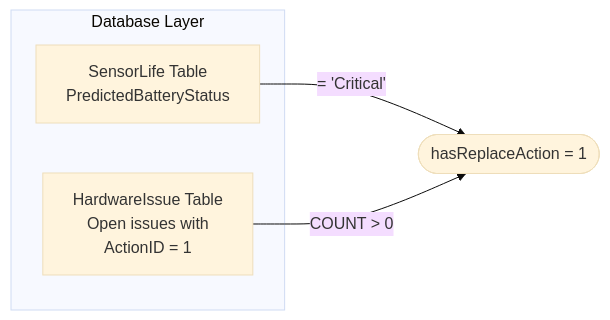
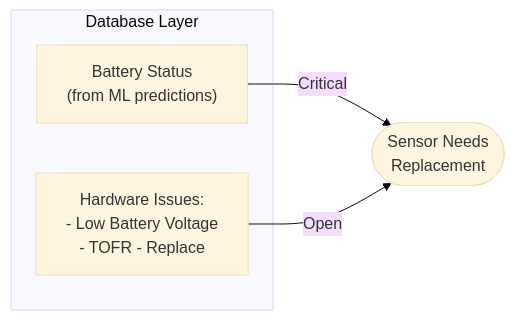
One commit to aw-jwalker/thoughts changed the second of 3 diagrams in repos/fullstack.assetwatch/shared/research/2026-02-03-action-column-flowcharts.md. Above: the diagram before and after it, drawn with Mermaid (base theme). The commit also changed other lines of this file and 1 other file, not shown here.

````diff
--- a/repos/fullstack.assetwatch/shared/research/2026-02-03-action-column-flowcharts.md
+++ b/repos/fullstack.assetwatch/shared/research/2026-02-03-action-column-flowcharts.md
@@ -41,12 +41,12 @@
 ```mermaid
 flowchart LR
     subgraph Database["Database Layer"]
-        BATTERY["SensorLife Table<br/>PredictedBatteryStatus"]
-        HW_ISSUE["HardwareIssue Table<br/>Open issues with<br/>ActionID = 1"]
+        BATTERY["Battery Status<br/>(from ML predictions)"]
+        HW_ISSUE["Hardware Issues:<br/>- Low Battery Voltage<br/>- TOFR - Replace"]
     end
 
-    BATTERY -->|"= 'Critical'"| HAS_REPLACE
-    HW_ISSUE -->|"COUNT > 0"| HAS_REPLACE
+    BATTERY -->|"Critical"| REPLACE_ACTION
+    HW_ISSUE -->|"Open"| REPLACE_ACTION
 
-    HAS_REPLACE(["hasReplaceAction = 1"])
+    REPLACE_ACTION(["Sensor Needs<br/>Replacement"])
 ```
````
